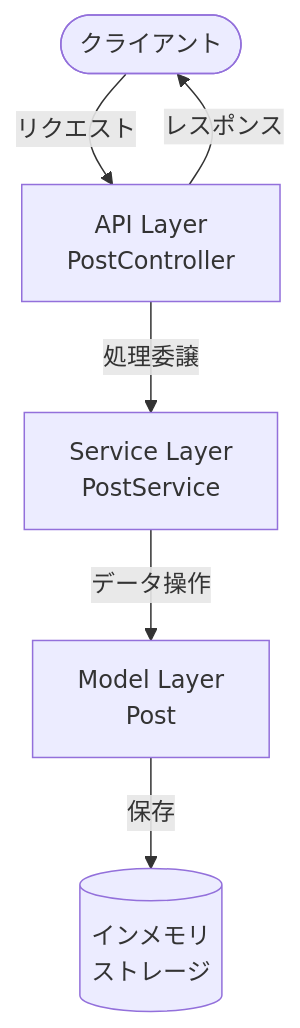
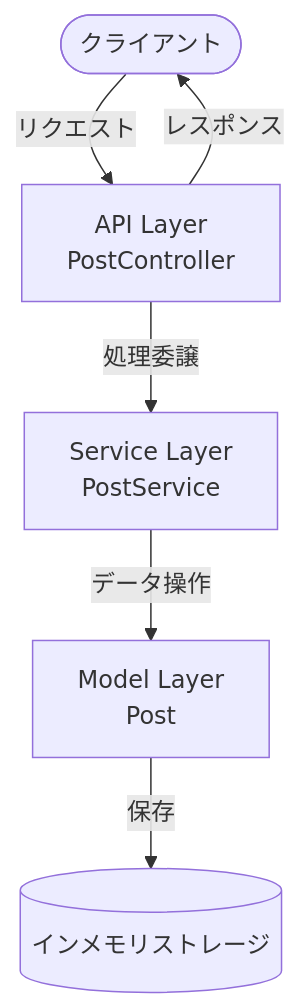
The second of 3 diagrams in README.md (ihcomega56/github-demo-2506), drawn with Mermaid before and after one commit. The commit also changed 9 other files, not shown here.

````diff
--- a/README.md
+++ b/README.md
@@ -59,9 +59,9 @@
 ```mermaid
 graph TD
     Client([クライアント]) -->|リクエスト| API[API Layer\nPostController]
     API -->|処理委譲| Service[Service Layer\nPostService]
     Service -->|データ操作| Model[Model Layer\nPost]
-    Model -->|保存| DB[(インメモリ\nストレージ)]
+    Model -->|保存| DB[(インメモリストレージ)]
     
     API -->|レスポンス| Client
 ```
````
